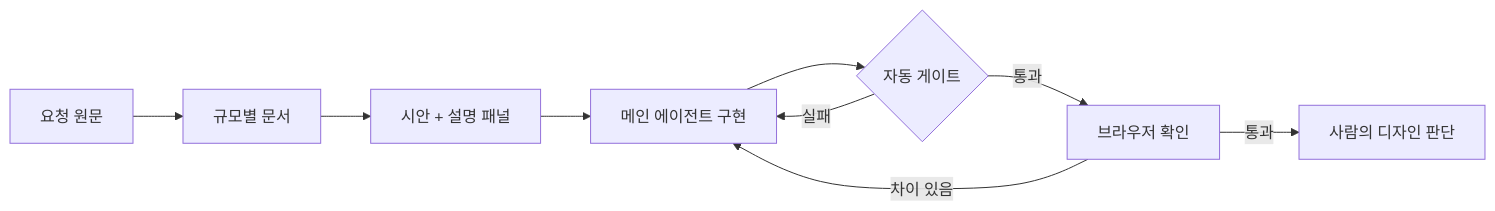
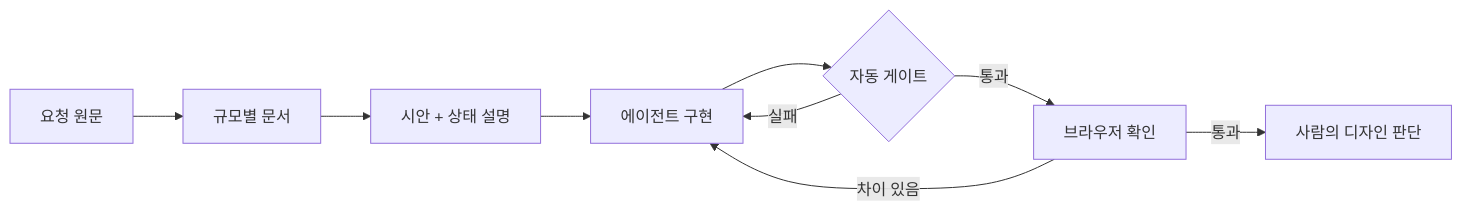
The diagram in README.md (kyungchan3007/Frontend-agent), drawn with Mermaid before and after one commit. The commit also changed other lines of this file and 1 other file, not shown here.

````diff
--- a/README.md
+++ b/README.md
@@ -59,11 +75,11 @@
 ```mermaid
 flowchart LR
     A[요청 원문] --> B[규모별 문서]
-    B --> C[시안 + 설명 패널]
-    C --> D[메인 에이전트 구현]
+    B --> C[시안 + 상태 설명]
+    C --> D[에이전트 구현]
     D --> E{자동 게이트}
     E -- 실패 --> D
     E -- 통과 --> F[브라우저 확인]
     F -- 차이 있음 --> D
     F -- 통과 --> G[사람의 디자인 판단]
 ```
````
